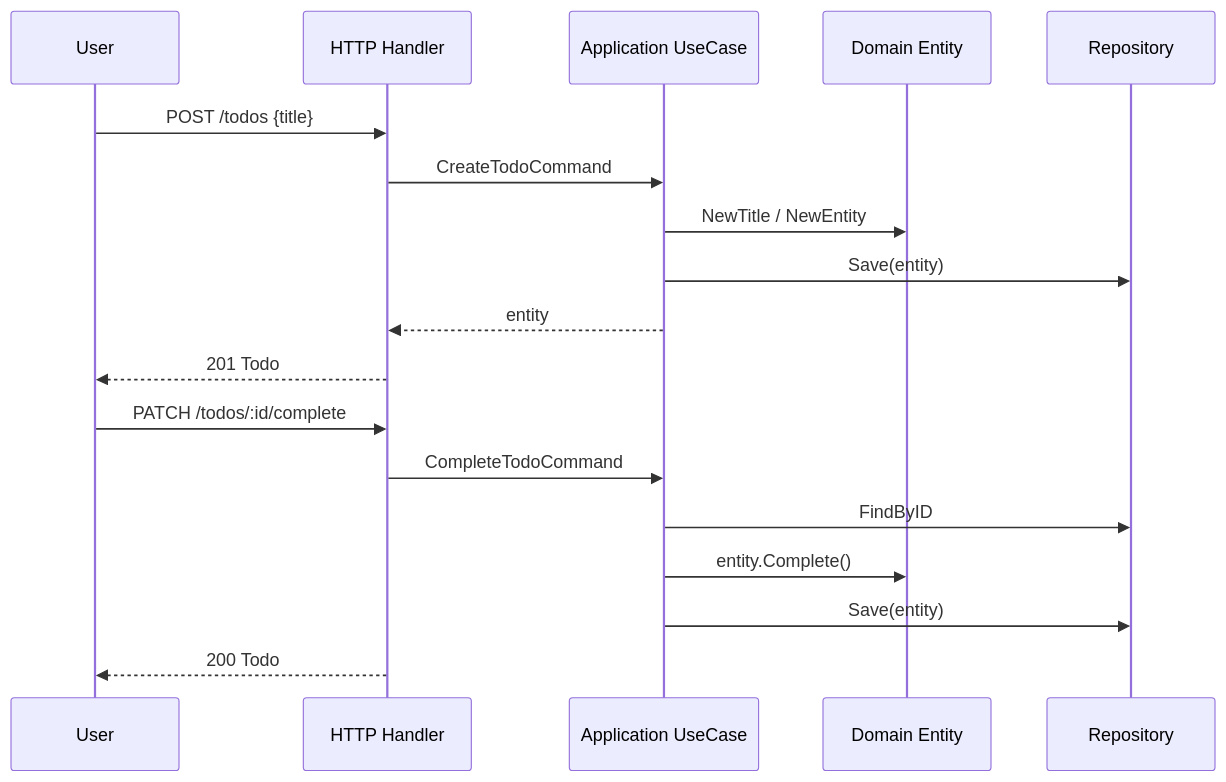
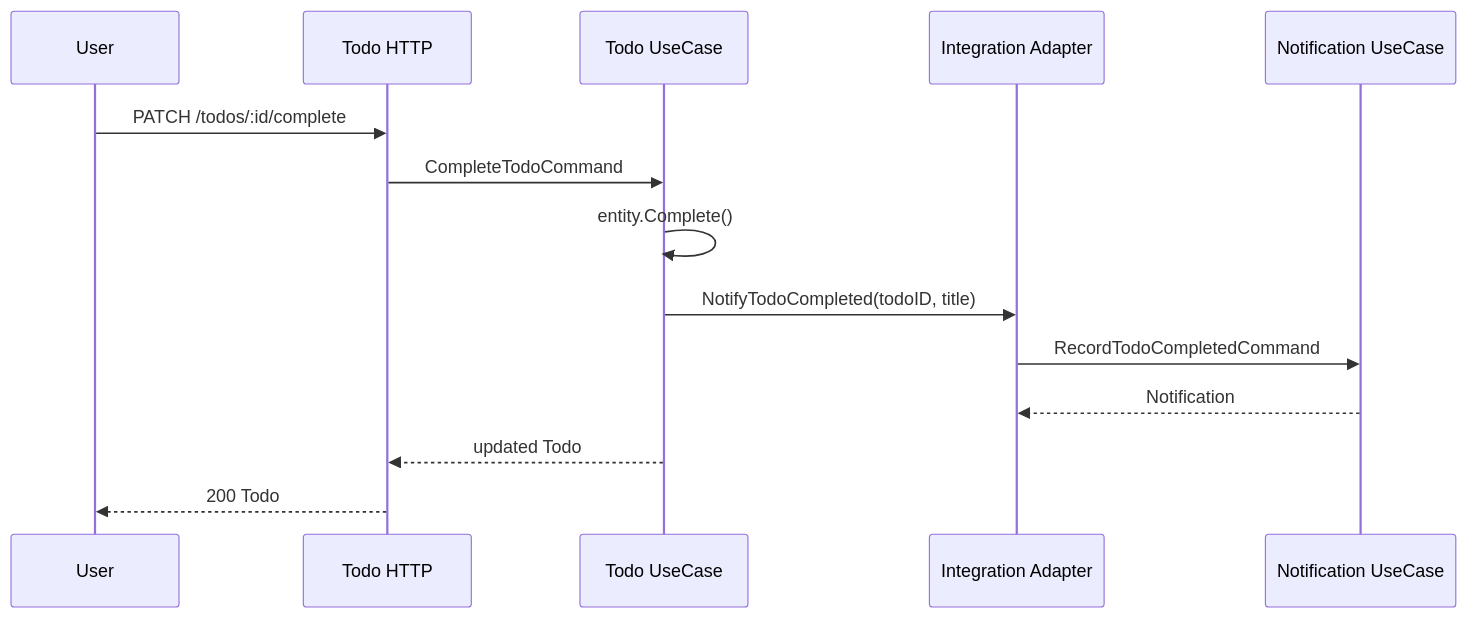
The diagram in docs/flow.md (yamadatarousan/ddd), drawn with Mermaid before and after one commit. The commit also changed other lines of this file and 27 other files, not shown here.

````diff
--- a/docs/flow.md
+++ b/docs/flow.md
@@ -4,22 +4,17 @@
 ```mermaid
 sequenceDiagram
   participant U as User
-  participant H as HTTP Handler
-  participant A as Application UseCase
-  participant D as Domain Entity
-  participant R as Repository
-
-  U->>H: POST /todos {title}
-  H->>A: CreateTodoCommand
-  A->>D: NewTitle / NewEntity
-  A->>R: Save(entity)
-  A-->>H: entity
-  H-->>U: 201 Todo
+  participant H as Todo HTTP
+  participant T as Todo UseCase
+  participant I as Integration Adapter
+  participant N as Notification UseCase
 
   U->>H: PATCH /todos/:id/complete
-  H->>A: CompleteTodoCommand
-  A->>R: FindByID
-  A->>D: entity.Complete()
-  A->>R: Save(entity)
+  H->>T: CompleteTodoCommand
+  T->>T: entity.Complete()
+  T->>I: NotifyTodoCompleted(todoID, title)
+  I->>N: RecordTodoCompletedCommand
+  N-->>I: Notification
+  T-->>H: updated Todo
   H-->>U: 200 Todo
 ```
````
